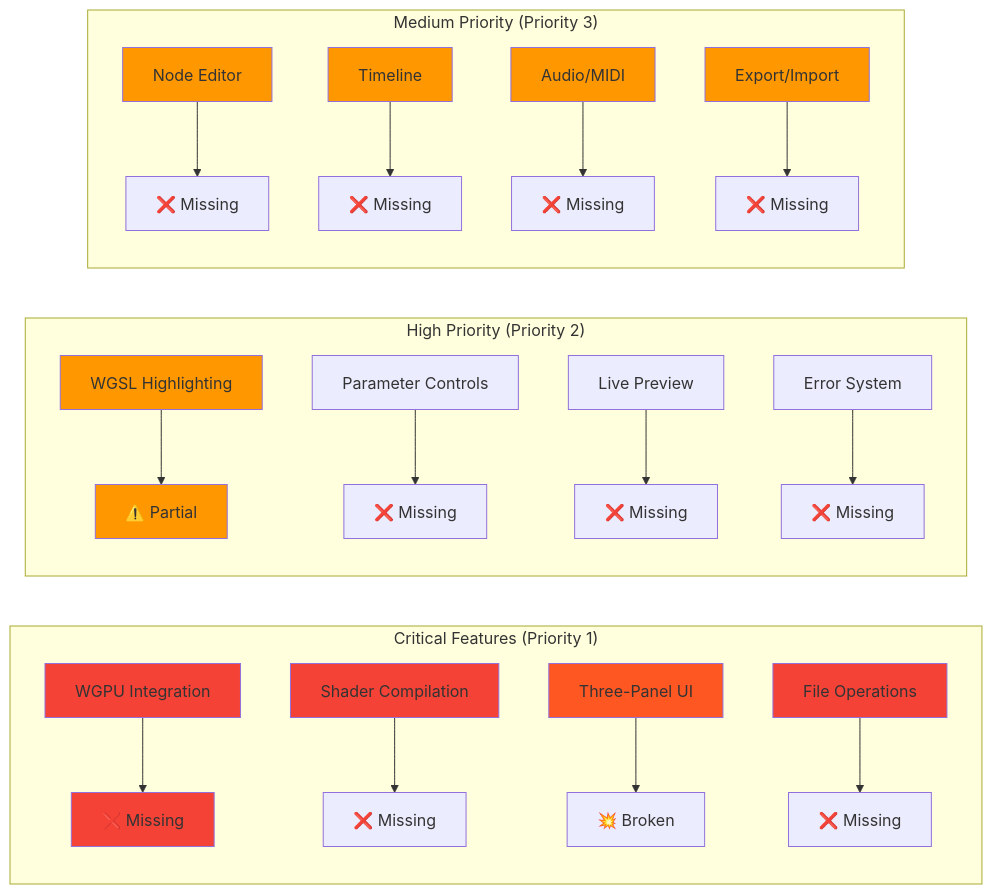
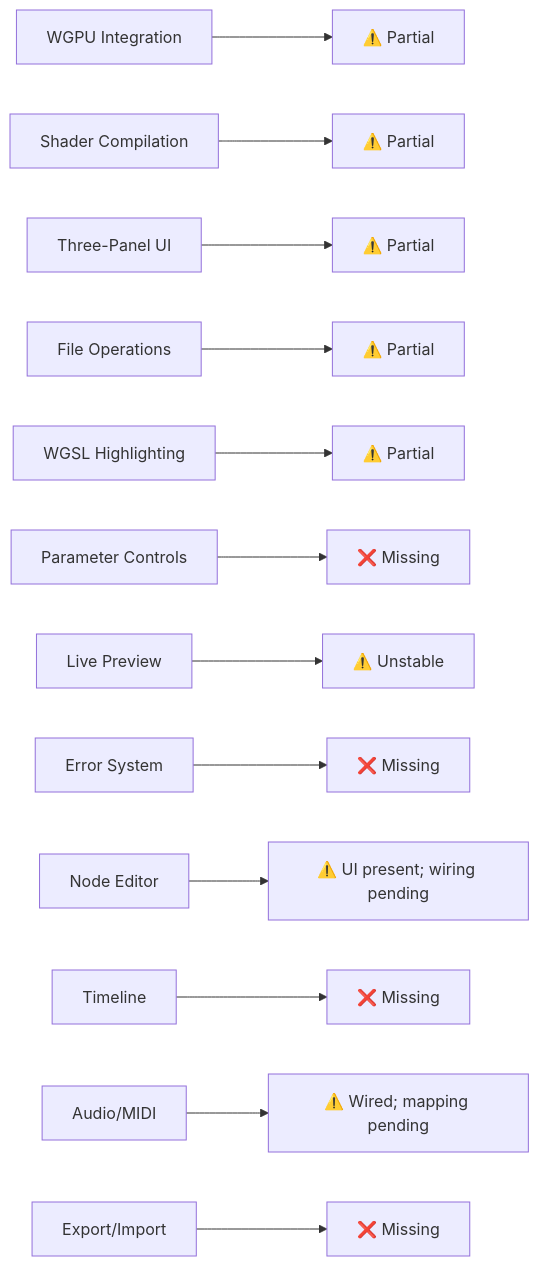
One commit to compiling-org/WGSL-Shader-Studio changed the eighth of 11 diagrams in docs/WGSL_Shader_Studio_Technical_Architecture_Current.md. Above: the diagram before and after it, drawn with Mermaid. The commit also changed other lines of this file and 37 other files, not shown here.

Commit message:
docs: reality-aligned content updates; diagrams unchanged; roadmap fix; systems reference wiring; PRD narrative adjusted; tech-arch reference note

````diff
--- a/docs/WGSL_Shader_Studio_Technical_Architecture_Current.md
+++ b/docs/WGSL_Shader_Studio_Technical_Architecture_Current.md
@@ -239,35 +116,15 @@
 ```mermaid
-graph LR
-    subgraph "Critical Features (Priority 1)"
-        A[WGPU Integration] --> B[❌ Missing]
-        C[Shader Compilation] --> D[❌ Missing]
-        E[Three-Panel UI] --> F[💥 Broken]
-        G[File Operations] --> H[❌ Missing]
-    end
-    
-    subgraph "High Priority (Priority 2)"
-        I[WGSL Highlighting] --> J[⚠️ Partial]
-        K[Parameter Controls] --> L[❌ Missing]
-        M[Live Preview] --> N[❌ Missing]
-        O[Error System] --> P[❌ Missing]
-    end
-    
-    subgraph "Medium Priority (Priority 3)"
-        Q[Node Editor] --> R[❌ Missing]
-        S[Timeline] --> T[❌ Missing]
-        U[Audio/MIDI] --> V[❌ Missing]
-        W[Export/Import] --> X[❌ Missing]
-    end
-    
-    style A fill:#f44336
-    style B fill:#f44336
-    style C fill:#f44336
-    style E fill:#ff5722
-    style G fill:#f44336
-    style I fill:#ff9800
-    style J fill:#ff9800
-    style Q fill:#ff9800
-    style S fill:#ff9800
-    style U fill:#ff9800
-    style W fill:#ff9800
+flowchart LR
+    P1[WGPU Integration] --> P1s[⚠️ Partial]
+    P2[Shader Compilation] --> P2s[⚠️ Partial]
+    P3[Three-Panel UI] --> P3s[⚠️ Partial]
+    P4[File Operations] --> P4s[⚠️ Partial]
+    P5[WGSL Highlighting] --> P5s[⚠️ Partial]
+    P6[Parameter Controls] --> P6s[❌ Missing]
+    P7[Live Preview] --> P7s[⚠️ Unstable]
+    P8[Error System] --> P8s[❌ Missing]
+    P9[Node Editor] --> P9s[⚠️ UI present; wiring pending]
+    P10[Timeline] --> P10s[❌ Missing]
+    P11[Audio/MIDI] --> P11s[⚠️ Wired; mapping pending]
+    P12[Export/Import] --> P12s[❌ Missing]
 ```
````
